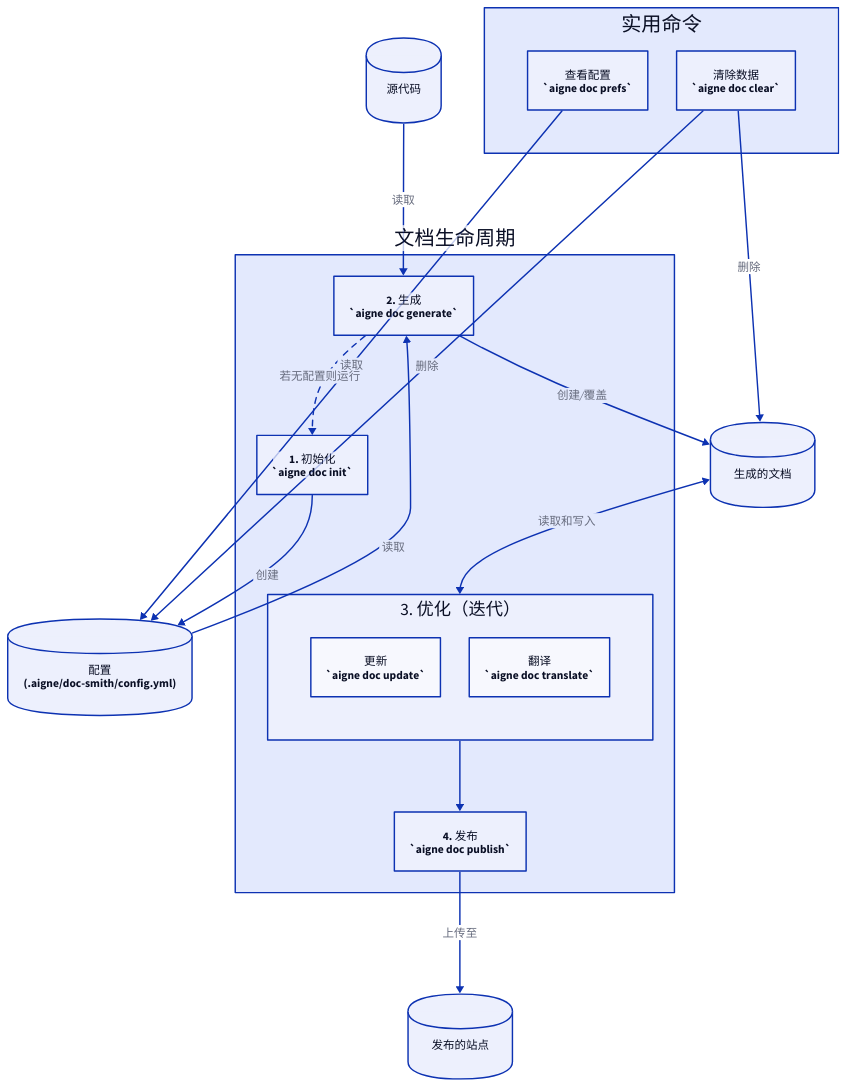
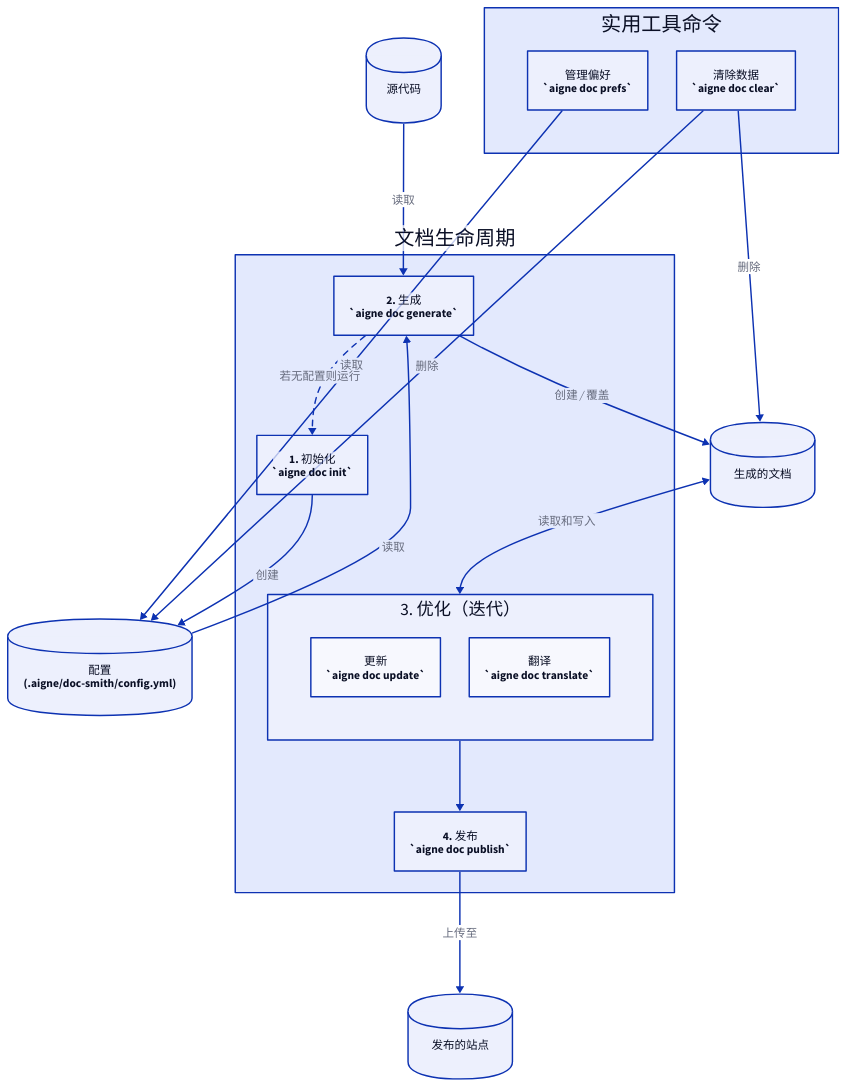
Before and after one commit to AIGNE-io/aigne-doc-smith: the diagram in docs/cli-reference.zh.md, drawn with D2. The commit also changed other lines of this file and 69 other files, not shown here.

````diff
--- a/docs/cli-reference.zh.md
+++ b/docs/cli-reference.zh.md
@@ -15,7 +15,7 @@
 ```d2
 direction: down
 
-# Artifacts
+# 工件
 Source-Code: {
   label: "源代码"
   shape: cylinder
@@ -33,7 +33,7 @@
   shape: cylinder
 }
 
-# --- Core Workflow ---
+# --- 核心工作流 ---
 Lifecycle: {
   label: "文档生命周期"
   
@@ -67,13 +67,13 @@
   }
 }
 
-# --- Utility Commands ---
+# --- 实用工具命令 ---
 Utilities: {
-  label: "实用命令"
+  label: "实用工具命令"
   grid-columns: 2
   
   prefs: {
-    label: "查看配置\n`aigne doc prefs`"
+    label: "管理偏好\n`aigne doc prefs`"
     shape: rectangle
   }
   clear: {
@@ -83,26 +83,26 @@
 }
 
 
-# --- Connections ---
+# --- 连接 ---
 
-# Setup and Generation
+# 设置与生成
 Lifecycle.init -> Configuration: "创建"
 Source-Code -> Lifecycle.generate: "读取"
 Configuration -> Lifecycle.generate: "读取"
-Lifecycle.generate -> Generated-Docs: "创建/覆盖"
+Lifecycle.generate -> Generated-Docs: "创建 / 覆盖"
 Lifecycle.generate -> Lifecycle.init: {
   label: "若无配置则运行"
   style.stroke-dash: 4
 }
 
-# Refinement Loop
+# 优化循环
 Generated-Docs <-> Lifecycle.Refinement: "读取和写入"
 
-# Publishing
+# 发布
 Lifecycle.Refinement -> Lifecycle.publish
 Lifecycle.publish -> Published-Docs: "上传至"
 
-# Utility Connections
+# 实用工具连接
 Utilities.prefs -> Configuration: "读取"
 Utilities.clear -> Configuration: "删除"
 Utilities.clear -> Generated-Docs: "删除"
````
